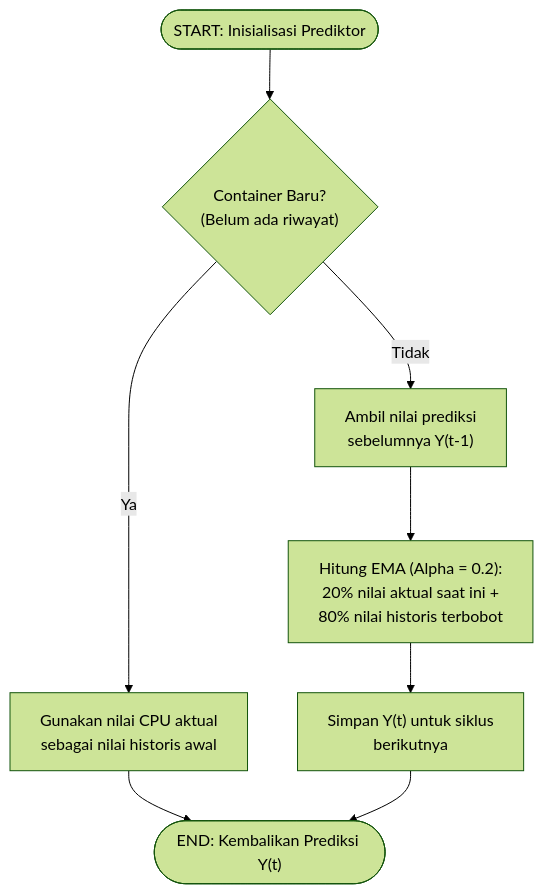
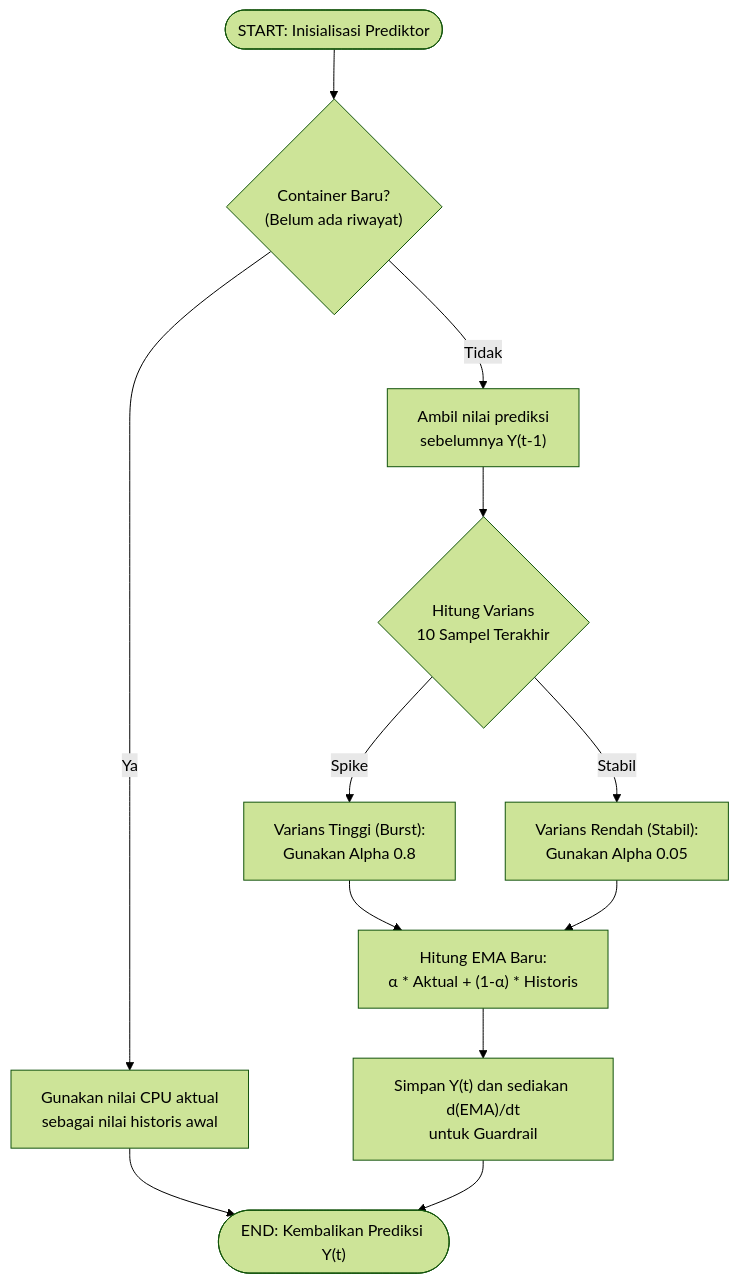
One commit to fauzanreza/green-container-framework changed the third of 4 diagrams in architecture-diagrams/layer-3-control/03_ema_predictor.md. Above: the diagram before and after it, drawn with Mermaid (forest theme). The commit also changed other lines of this file and 51 other files, not shown here.

````diff
--- a/architecture-diagrams/layer-3-control/03_ema_predictor.md
+++ b/architecture-diagrams/layer-3-control/03_ema_predictor.md
@@ -73,21 +76,31 @@
 ```mermaid
 flowchart TD
     START(["START: Inisialisasi Prediktor"])
 
     PERTAMA{"Container Baru?<br/>(Belum ada riwayat)"}
     MULAI["Gunakan nilai CPU aktual<br/>sebagai nilai historis awal"]
     
     AMBIL["Ambil nilai prediksi<br/>sebelumnya Y(t-1)"]
-    HITUNG["Hitung EMA (Alpha = 0.2):<br/>20% nilai aktual saat ini +<br/>80% nilai historis terbobot"]
-    SIMPAN["Simpan Y(t) untuk siklus<br/>berikutnya"]
+    VARIANS{"Hitung Varians<br/>10 Sampel Terakhir"}
+    
+    ALPHA_TINGGI["Varians Tinggi (Burst):<br/>Gunakan Alpha 0.8"]
+    ALPHA_RENDAH["Varians Rendah (Stabil):<br/>Gunakan Alpha 0.05"]
+    
+    HITUNG["Hitung EMA Baru:<br/>α * Aktual + (1-α) * Historis"]
+    SIMPAN["Simpan Y(t) dan sediakan d(EMA)/dt<br/>untuk Guardrail"]
     
     SELESAI(["END: Kembalikan Prediksi Y(t)"])
 
     START --> PERTAMA
     PERTAMA -->|Ya| MULAI
     MULAI --> SELESAI
     PERTAMA -->|Tidak| AMBIL
-    AMBIL --> HITUNG
+    AMBIL --> VARIANS
+    VARIANS -->|Spike| ALPHA_TINGGI
+    VARIANS -->|Stabil| ALPHA_RENDAH
+    
+    ALPHA_TINGGI --> HITUNG
+    ALPHA_RENDAH --> HITUNG
     HITUNG --> SIMPAN
     SIMPAN --> SELESAI
 ```
````
